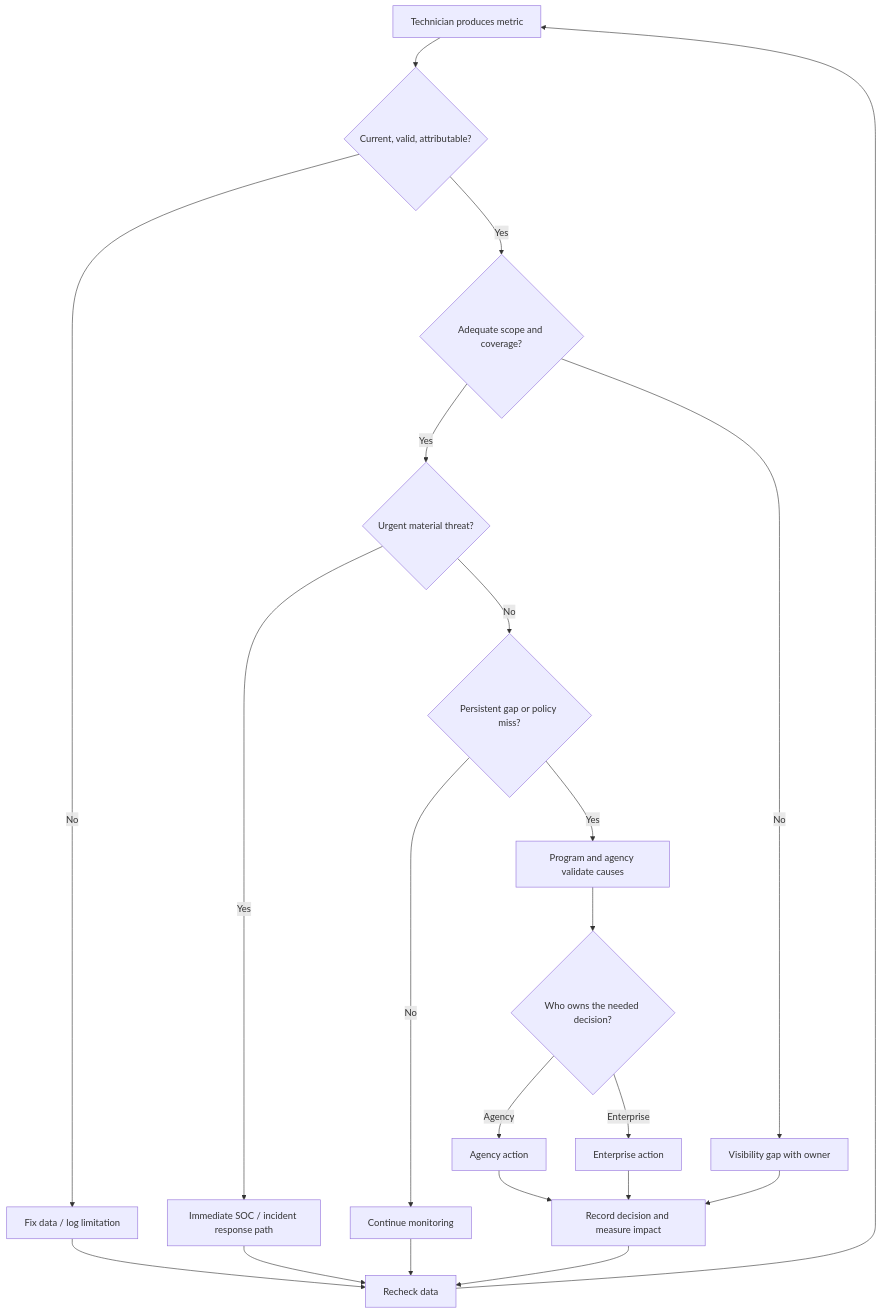
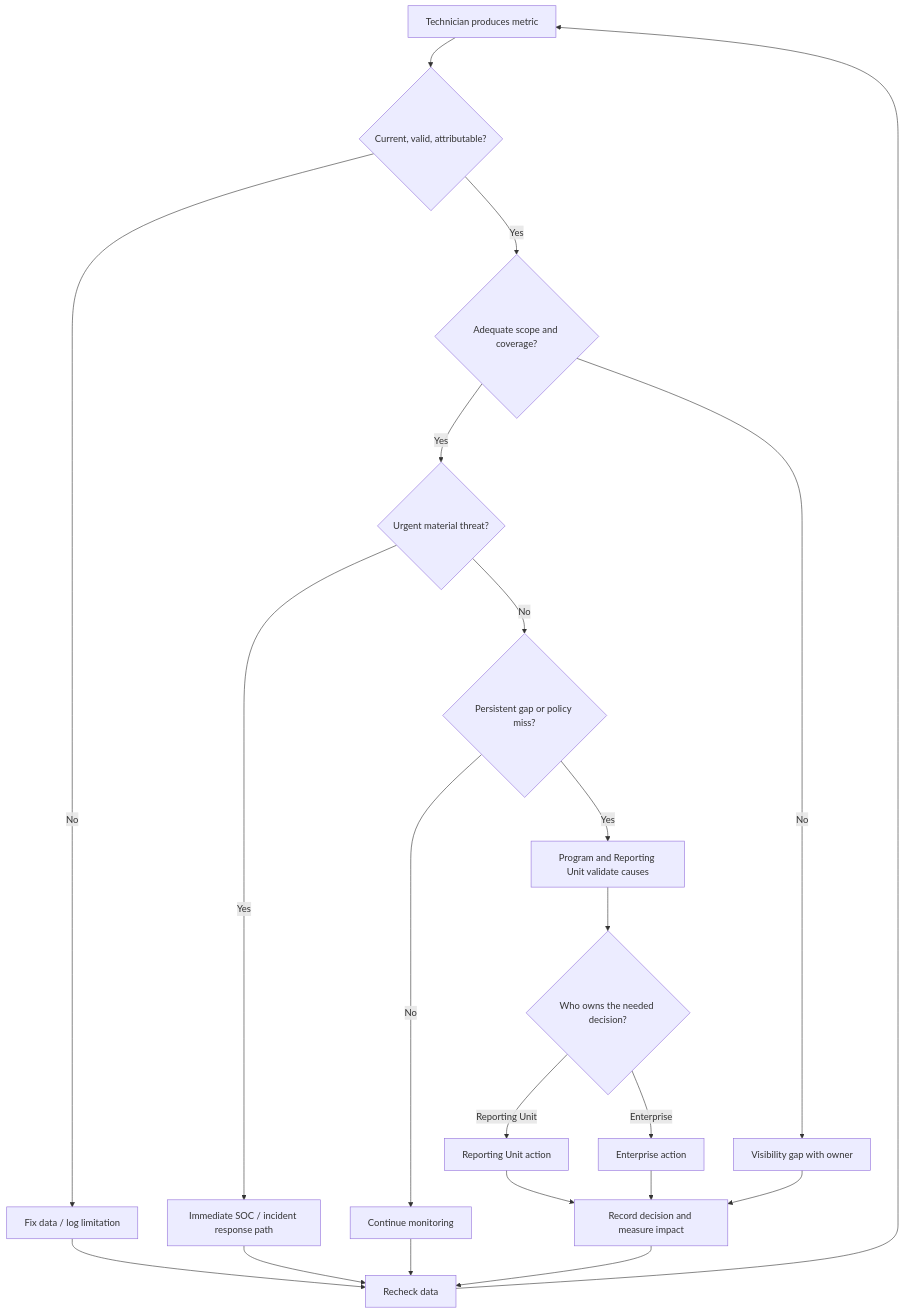
Before and after one commit to 11bztaylor/ReporttheReporter: the diagram in briefings/03-decision-tree.md, drawn with Mermaid.

Commit message:
Standardize neutral terminology across briefing and references

````diff
--- a/briefings/03-decision-tree.md
+++ b/briefings/03-decision-tree.md
@@ -3,23 +3,23 @@
 ```mermaid
 flowchart TD
  A["Technician produces metric"] --> B{"Current, valid, attributable?"}
  B -- No --> C["Fix data / log limitation"]
  B -- Yes --> D{"Adequate scope and coverage?"}
  D -- No --> E["Visibility gap with owner"]
  D -- Yes --> F{"Urgent material threat?"}
  F -- Yes --> G["Immediate SOC / incident response path"]
  F -- No --> H{"Persistent gap or policy miss?"}
  H -- No --> I["Continue monitoring"]
- H -- Yes --> J["Program and agency validate causes"]
+ H -- Yes --> J["Program and Reporting Unit validate causes"]
  J --> K{"Who owns the needed decision?"}
- K -- Agency --> L["Agency action"]
+ K -- Reporting Unit --> L["Reporting Unit action"]
  K -- Enterprise --> M["Enterprise action"]
  L --> N["Record decision and measure impact"]
  M --> N
  E --> N
  C --> O["Recheck data"]
  G --> O
  I --> O
  N --> O
  O --> A
 ```
````
